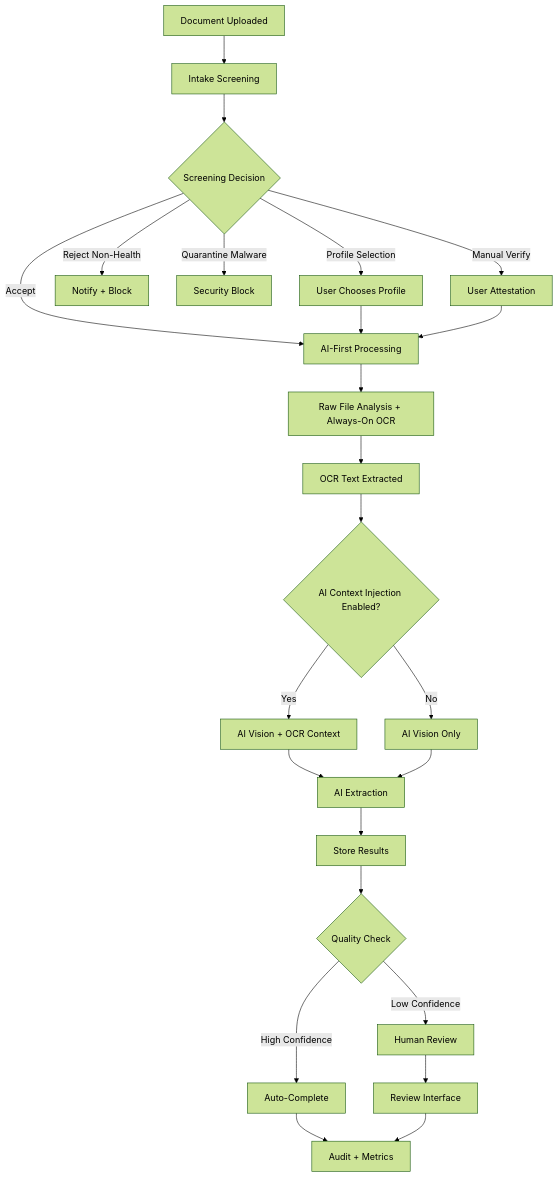
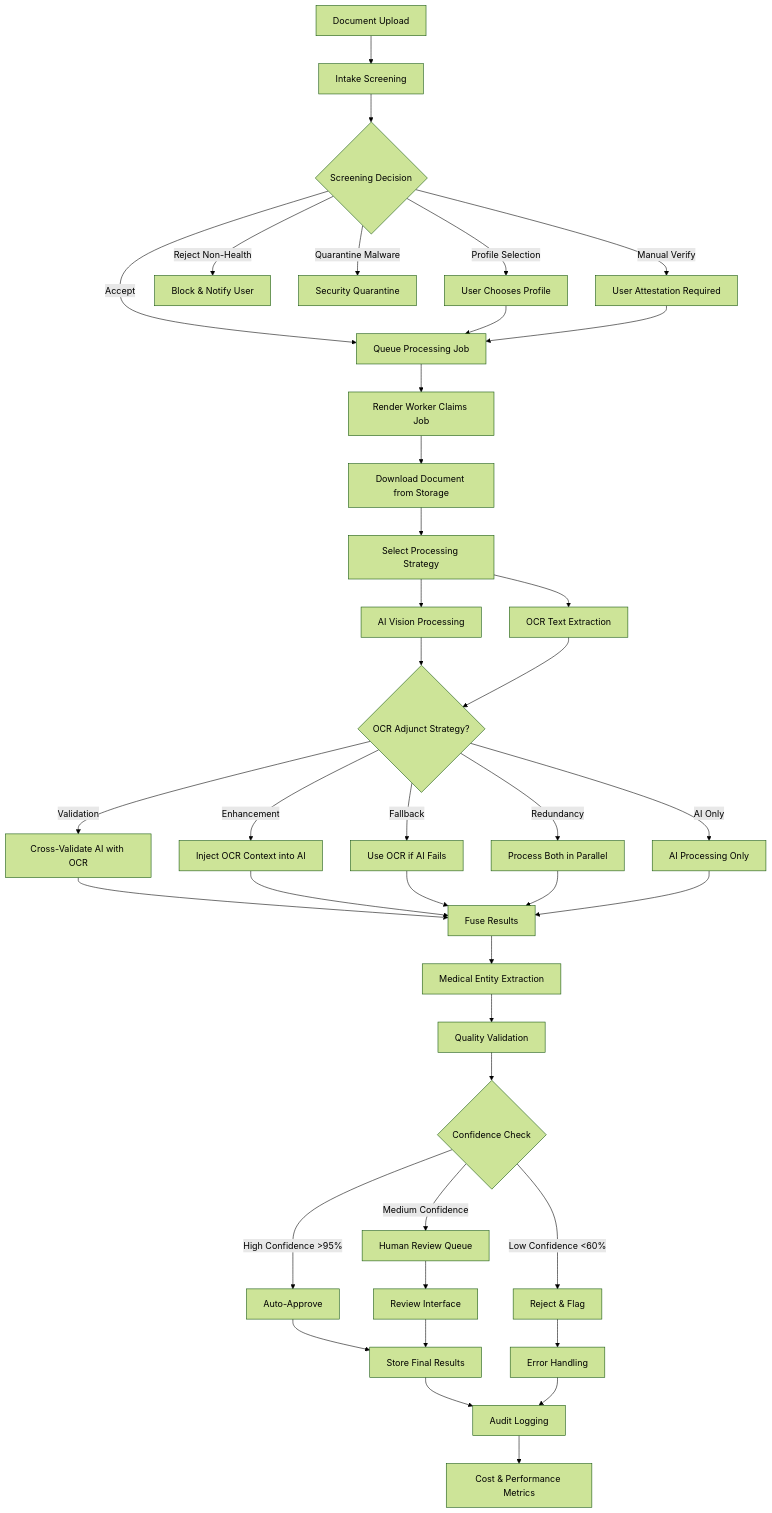
The diagram in shared/docs/architecture/ai-processing/README.md (xavierjflanagan/Guardian), drawn with Mermaid (forest theme) before and after one commit. The commit also changed other lines of this file and 11 other files, not shown here.

First line of the commit message:
Update Guardian Architecture Documentation and AI Processing Implementation

````diff
--- a/shared/docs/architecture/ai-processing/README.md
+++ b/shared/docs/architecture/ai-processing/README.md
@@ -107,31 +148,53 @@
 ```mermaid
 graph TD
-    A[Document Uploaded] --> B[Intake Screening]
+    A[Document Upload] --> B[Intake Screening]
     B --> C{Screening Decision}
     
-    C -->|Accept| D[AI-First Processing]
+    C -->|Accept| D[Queue Processing Job]
     C -->|Profile Selection| E[User Chooses Profile]
-    C -->|Reject Non-Health| F[Notify + Block]
-    C -->|Quarantine Malware| G[Security Block]
-    C -->|Manual Verify| H[User Attestation]
+    C -->|Reject Non-Health| F[Block & Notify User]
+    C -->|Quarantine Malware| G[Security Quarantine]
+    C -->|Manual Verify| H[User Attestation Required]
     
     E --> D
     H --> D
     
-    D --> I[Raw File Analysis + Always-On OCR]
-    I --> J[OCR Text Extracted]
-    J --> K{AI Context Injection Enabled?}
-    K -->|Yes| L[AI Vision + OCR Context]
-    K -->|No| M[AI Vision Only]
-    L --> N[AI Extraction]
+    D --> I[Render Worker Claims Job]
+    I --> J[Download Document from Storage]
+    J --> K[Select Processing Strategy]
+    
+    K --> L[AI Vision Processing]
+    K --> M[OCR Text Extraction]
+    
+    L --> N{OCR Adjunct Strategy?}
     M --> N
     
-    N --> O[Store Results]
-    O --> P{Quality Check}
-    P -->|High Confidence| Q[Auto-Complete]
-    P -->|Low Confidence| R[Human Review]
+    N -->|Validation| O[Cross-Validate AI with OCR]
+    N -->|Enhancement| P[Inject OCR Context into AI]
+    N -->|Fallback| Q[Use OCR if AI Fails]
+    N -->|Redundancy| R[Process Both in Parallel]
+    N -->|AI Only| S[AI Processing Only]
     
-    Q --> S[Audit + Metrics]
-    R --> T[Review Interface]
-    T --> S
+    O --> T[Fuse Results]
+    P --> T
+    Q --> T
+    R --> T
+    S --> T
+    
+    T --> U[Medical Entity Extraction]
+    U --> V[Quality Validation]
+    V --> W{Confidence Check}
+    
+    W -->|High Confidence >95%| X[Auto-Approve]
+    W -->|Medium Confidence| Y[Human Review Queue]
+    W -->|Low Confidence <60%| Z[Reject & Flag]
+    
+    X --> AA[Store Final Results]
+    Y --> BB[Review Interface]
+    Z --> CC[Error Handling]
+    
+    BB --> AA
+    AA --> DD[Audit Logging]
+    CC --> DD
+    DD --> EE[Cost & Performance Metrics]
 ```
````
